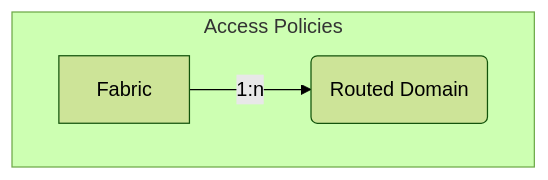
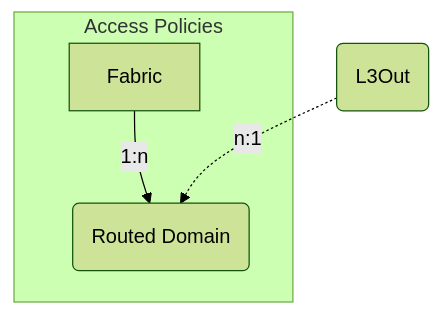
Before and after one commit to pheus/netbox-aci-plugin: the diagram in docs/features/access_policies.md, drawn with Mermaid (forest theme). The commit also changed 1 other file, not shown here.

Commit message:
docs(tenants): Add L3Out models to relationship graphs

````diff
--- a/docs/features/access_policies.md
+++ b/docs/features/access_policies.md
@@ -7,9 +7,11 @@
 ```mermaid
 flowchart TD
     FAB[Fabric]
     RD(Routed Domain)
+    L3O(L3Out)
 
     subgraph graphAP [Access Policies]
         FAB -->|1:n| RD
     end
+    L3O -.->|n:1| RD
 ```
````
